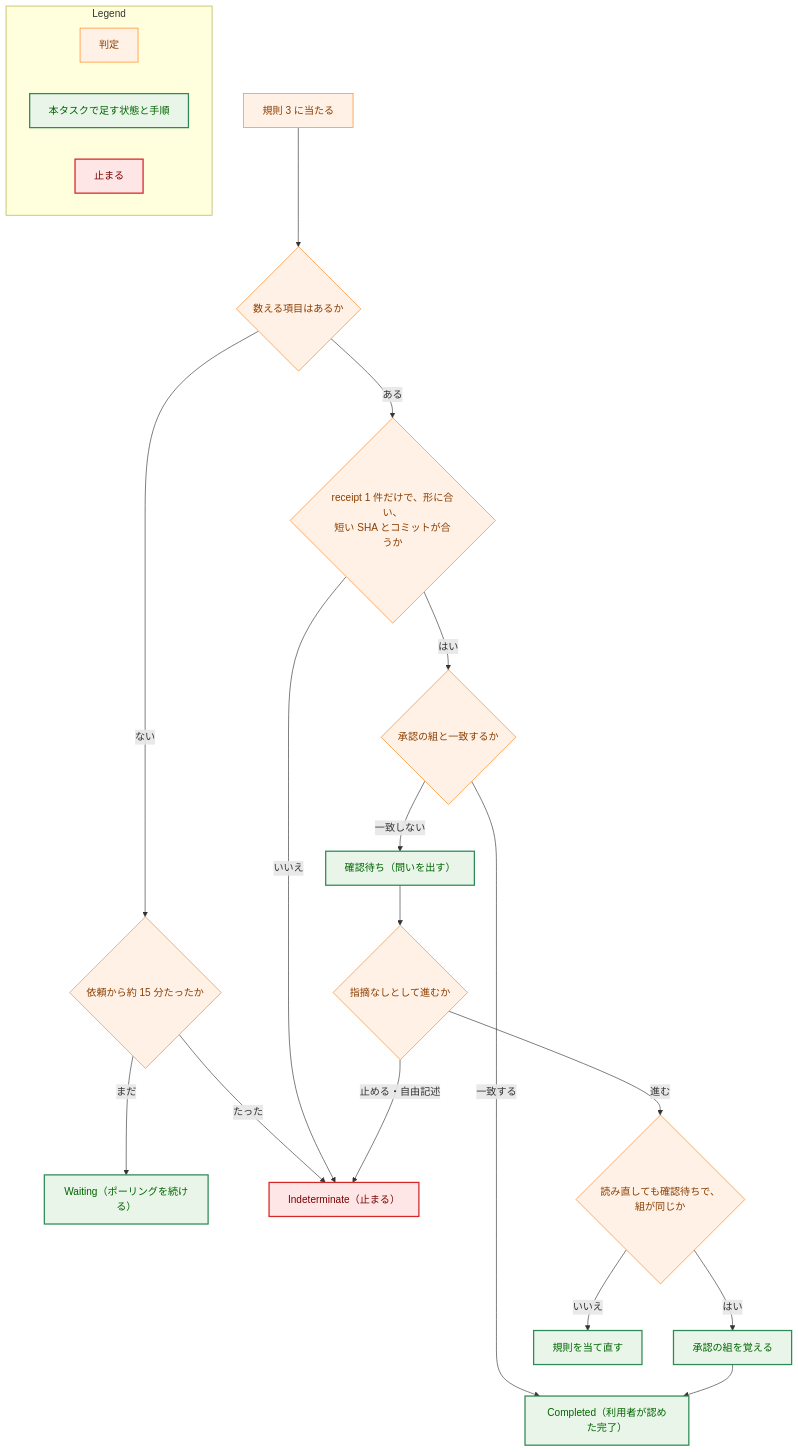
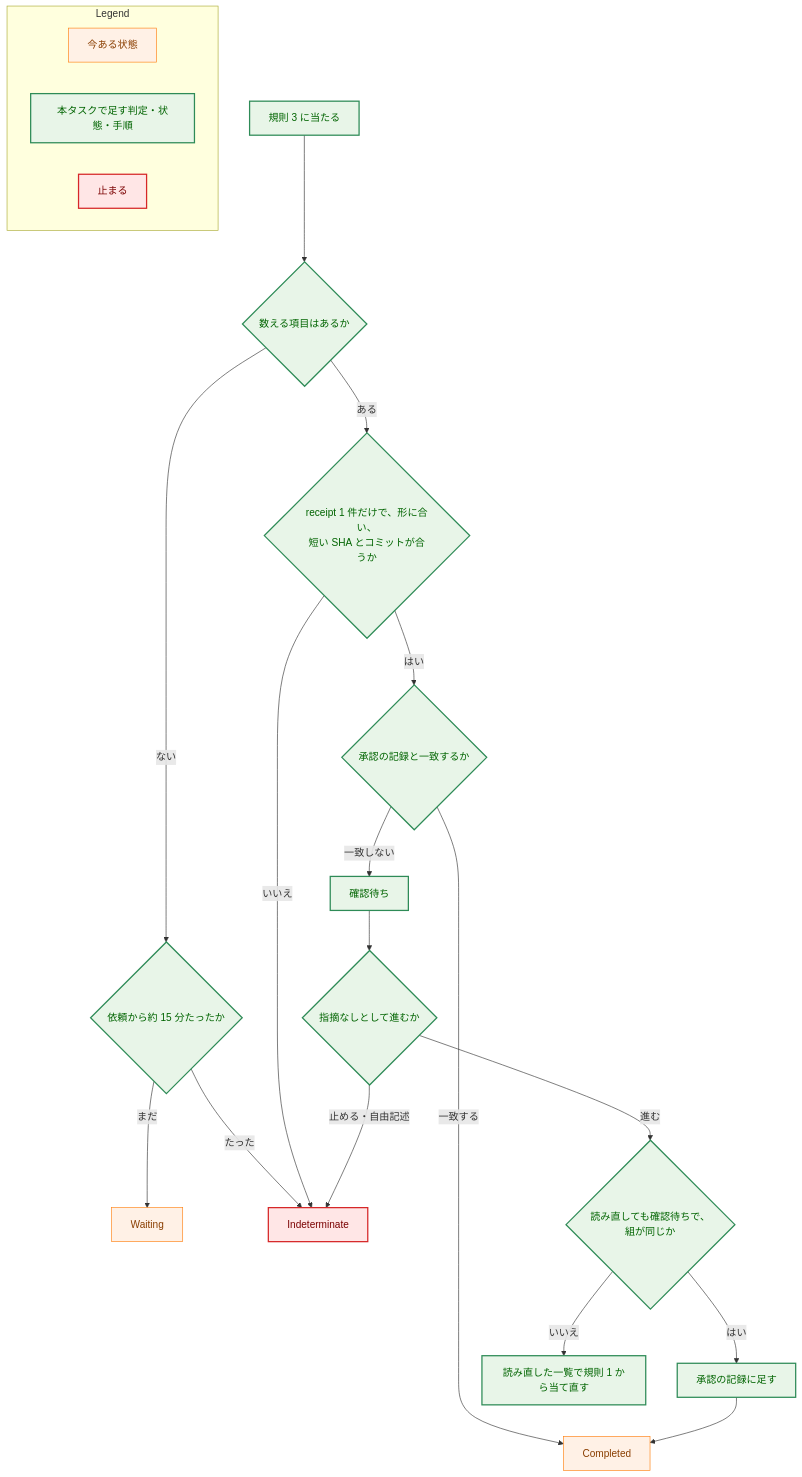
The fifth of 5 diagrams in docs/tasks/0108_codex_null_findings_receipt/02_architecture.md (isseis/yt2column), drawn with Mermaid before and after one commit. The commit also changed other lines of this file, not shown here.

First line of the commit message:
docs(0108): address the architecture review and polish the Japanese

````diff
--- a/docs/tasks/0108_codex_null_findings_receipt/02_architecture.md
+++ b/docs/tasks/0108_codex_null_findings_receipt/02_architecture.md
@@ -475,50 +579,50 @@
 ```mermaid
 flowchart TD
     classDef process fill:#fff1e6,stroke:#ff7f0e,stroke-width:1px,color:#8a3e00;
     classDef enhanced fill:#e8f5e8,stroke:#2e8b57,stroke-width:2px,color:#006400;
     classDef problem fill:#ffe6e6,stroke:#d62728,stroke-width:2px,color:#7b0000;
 
     START["規則 3 に当たる"]
     COUNT{"数える項目はあるか"}
     DEADLINE{"依頼から約 15 分たったか"}
     ONE{"receipt 1 件だけで、形に合い、<br>短い SHA とコミットが合うか"}
-    MATCH{"承認の組と一致するか"}
-    WAIT["Waiting（ポーリングを続ける）"]
-    IND["Indeterminate（止まる）"]
-    DONE["Completed（利用者が認めた完了）"]
-    ASK["確認待ち（問いを出す）"]
+    MATCH{"承認の記録と一致するか"}
+    WAIT["Waiting"]
+    IND["Indeterminate"]
+    DONE["Completed"]
+    ASK["確認待ち"]
     ANSWER{"指摘なしとして進むか"}
     RECHECK{"読み直しても確認待ちで、<br>組が同じか"}
-    REMEMBER["承認の組を覚える"]
-    AGAIN["規則を当て直す"]
+    REMEMBER["承認の記録に足す"]
+    AGAIN["読み直した一覧で規則 1 から当て直す"]
 
     START --> COUNT
     COUNT -->|"ない"| DEADLINE
     DEADLINE -->|"まだ"| WAIT
     DEADLINE -->|"たった"| IND
     COUNT -->|"ある"| ONE
     ONE -->|"いいえ"| IND
     ONE -->|"はい"| MATCH
     MATCH -->|"一致する"| DONE
     MATCH -->|"一致しない"| ASK
     ASK --> ANSWER
     ANSWER -->|"止める・自由記述"| IND
     ANSWER -->|"進む"| RECHECK
     RECHECK -->|"いいえ"| AGAIN
     RECHECK -->|"はい"| REMEMBER
     REMEMBER --> DONE
 
-    class START,COUNT,DEADLINE,ONE,MATCH,ANSWER,RECHECK process
-    class ASK,REMEMBER,AGAIN,WAIT enhanced
-    class DONE enhanced
+    class START,COUNT,DEADLINE,ONE,MATCH,ANSWER,RECHECK enhanced
+    class WAIT,DONE process
+    class ASK,REMEMBER,AGAIN enhanced
     class IND problem
 
     subgraph Legend["Legend"]
-        L1["判定"]
-        L2["本タスクで足す状態と手順"]
+        L1["今ある状態"]
+        L2["本タスクで足す判定・状態・手順"]
         L3["止まる"]
     end
     class L1 process
     class L2 enhanced
     class L3 problem
 ```
````
